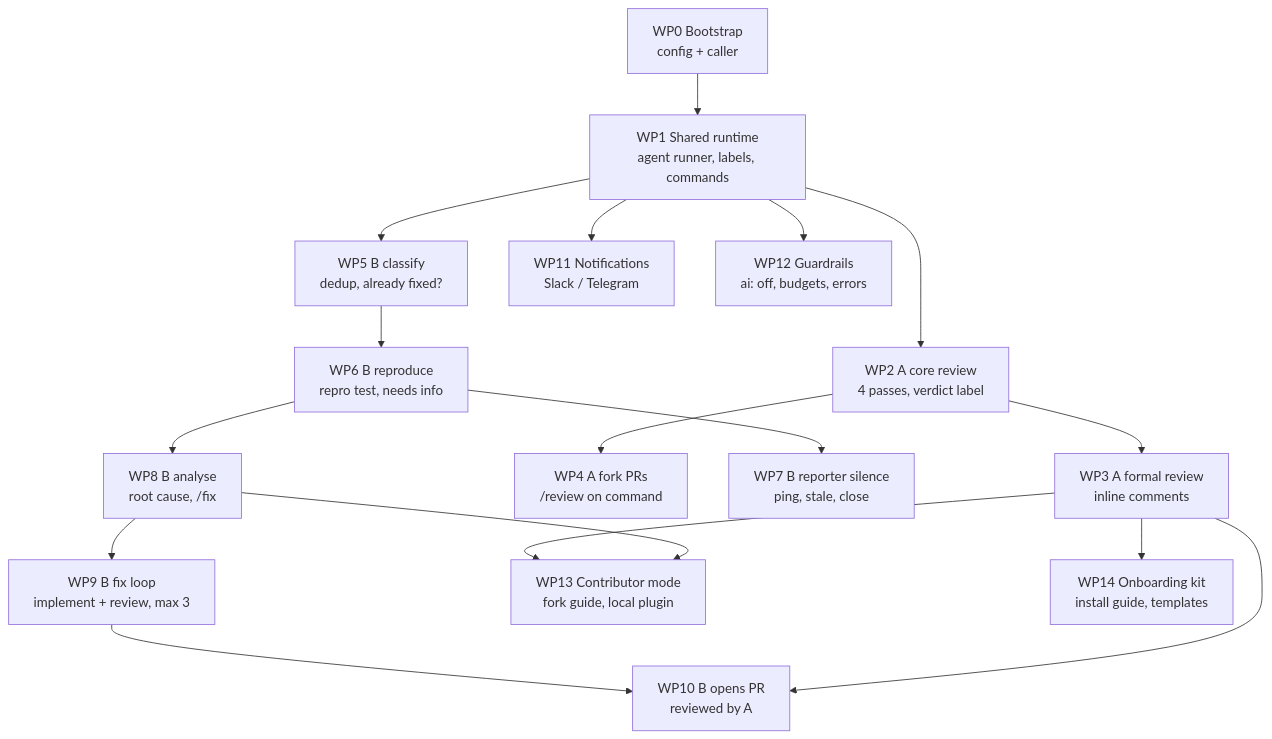
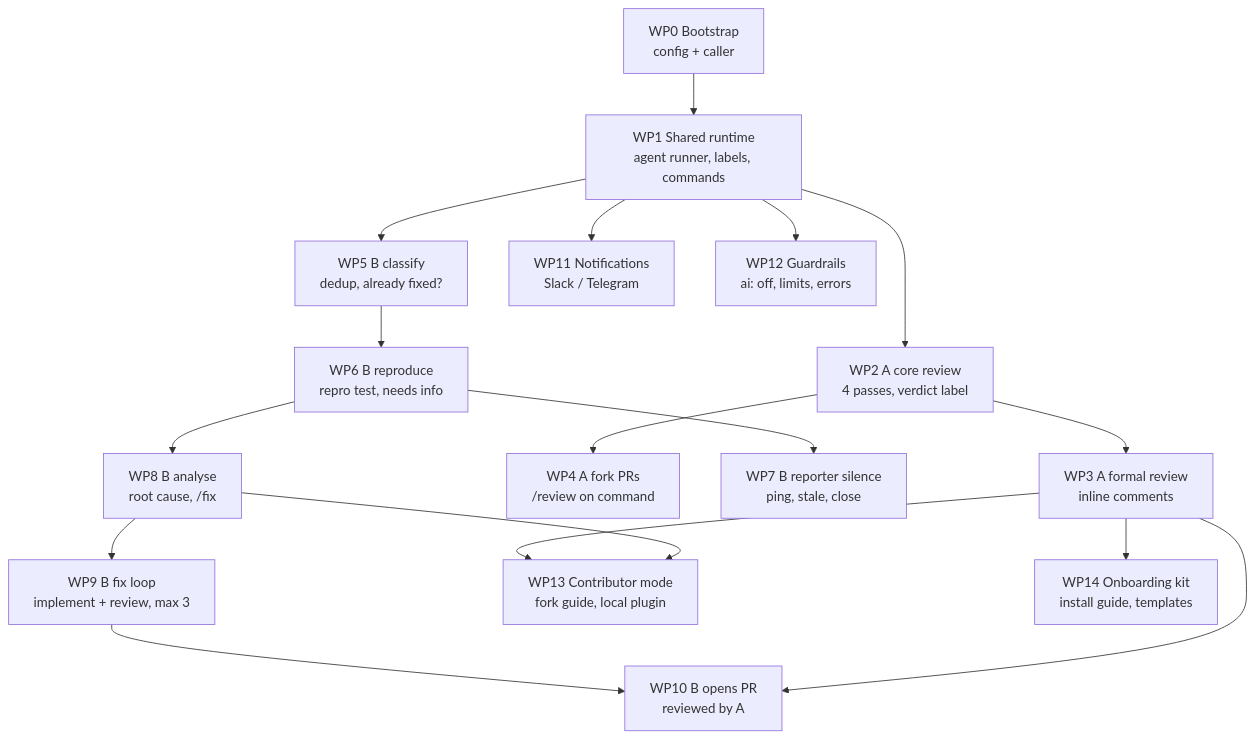
One commit to esciara/ai-workflows changed the diagram in docs/diagrams/overview.mmd. Above: the diagram before and after it, drawn with Mermaid. The commit also changed 23 other files, not shown here.

First line of the commit message:
refactor: budgets become fixed time and turn limits (ADR-0050)

```diff
--- a/docs/diagrams/overview.mmd
+++ b/docs/diagrams/overview.mmd
@@ -1,40 +1,40 @@
 flowchart TD
   %% Status is not typed here: render-diagrams sets each WP's class from its Status in docs/plan.md.
   %% Lanes: <lane> not started, <lane>Wip in progress, <lane>Done done.
   %% lane base: WP0 WP1
   %% lane a: WP2 WP3 WP4
   %% lane b: WP5 WP6 WP7 WP8 WP9 WP10
   %% lane x: WP11 WP12 WP13 WP14
 
   WP0["WP0 Bootstrap<br/>config + caller"] --> WP1["WP1 Shared runtime<br/>agent runner, labels, commands"]
 
   WP1 --> WP2["WP2 A core review<br/>4 passes, verdict label"]
   WP2 --> WP3["WP3 A formal review<br/>inline comments"]
   WP2 --> WP4["WP4 A fork PRs<br/>/review on command"]
 
   WP1 --> WP5["WP5 B classify<br/>dedup, already fixed?"]
   WP5 --> WP6["WP6 B reproduce<br/>repro test, needs info"]
   WP6 --> WP7["WP7 B reporter silence<br/>ping, stale, close"]
   WP6 --> WP8["WP8 B analyse<br/>root cause, /fix"]
   WP8 --> WP9["WP9 B fix loop<br/>implement + review, max 3"]
   WP9 --> WP10["WP10 B opens PR<br/>reviewed by A"]
   WP3 --> WP10
 
   WP1 --> WP11["WP11 Notifications<br/>Slack / Telegram"]
-  WP1 --> WP12["WP12 Guardrails<br/>ai: off, budgets, errors"]
+  WP1 --> WP12["WP12 Guardrails<br/>ai: off, limits, errors"]
   WP3 --> WP13["WP13 Contributor mode<br/>fork guide, local plugin"]
   WP8 --> WP13
   WP3 --> WP14["WP14 Onboarding kit<br/>install guide, templates"]
 
   classDef base fill:#f3f4f6,stroke:#9ca3af,stroke-dasharray:5 4,color:#6b7280
   classDef a fill:#eff6ff,stroke:#60a5fa,stroke-dasharray:5 4,color:#6b7280
   classDef b fill:#f0fdf4,stroke:#4ade80,stroke-dasharray:5 4,color:#6b7280
   classDef x fill:#fff7ed,stroke:#fb923c,stroke-dasharray:5 4,color:#6b7280
   classDef baseWip fill:#f3f4f6,stroke:#4b5563,stroke-width:3px,color:#111827
   classDef aWip fill:#eff6ff,stroke:#1d4ed8,stroke-width:3px,color:#111827
   classDef bWip fill:#f0fdf4,stroke:#15803d,stroke-width:3px,color:#111827
   classDef xWip fill:#fff7ed,stroke:#c2410c,stroke-width:3px,color:#111827
   classDef baseDone fill:#374151,stroke:#111827,color:#ffffff
   classDef aDone fill:#1d4ed8,stroke:#1e3a8a,color:#ffffff
   classDef bDone fill:#15803d,stroke:#14532d,color:#ffffff
   classDef xDone fill:#c2410c,stroke:#7c2d12,color:#ffffff
```
